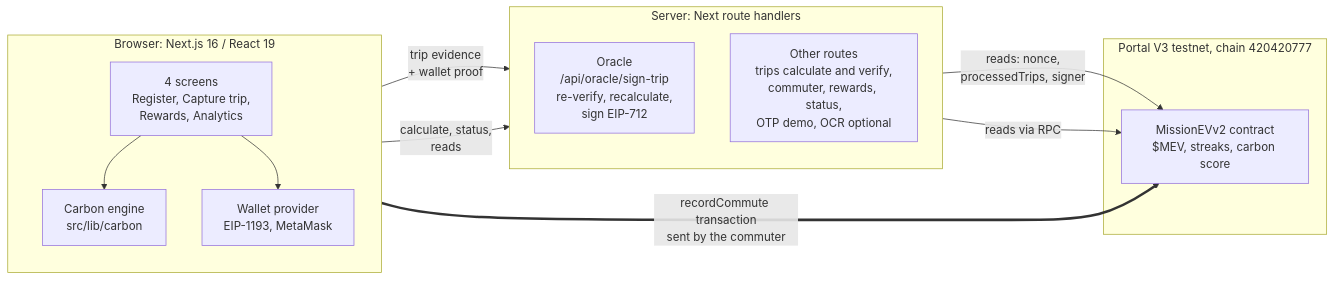
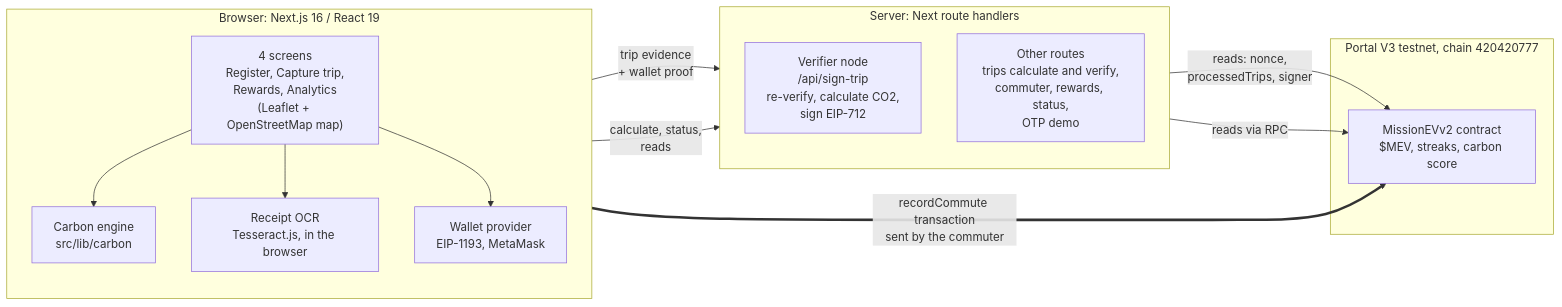
One commit to ManavNegi2807/missionev-app changed the first of 2 diagrams in docs/ARCHITECTURE.md. Above: the diagram before and after it, drawn with Mermaid. The commit also changed other lines of this file and 51 other files, not shown here.

````diff
--- a/docs/ARCHITECTURE.md
+++ b/docs/ARCHITECTURE.md
@@ -6,24 +6,26 @@
 ```mermaid
 flowchart LR
   subgraph Browser["Browser: Next.js 16 / React 19"]
     direction TB
-    UI["4 screens<br/>Register, Capture trip,<br/>Rewards, Analytics"]
+    UI["4 screens<br/>Register, Capture trip,<br/>Rewards, Analytics<br/>(Leaflet + OpenStreetMap map)"]
     ENG["Carbon engine<br/>src/lib/carbon"]
+    OCR["Receipt OCR<br/>Tesseract.js, in the browser"]
     WAL["Wallet provider<br/>EIP-1193, MetaMask"]
     UI --> ENG
+    UI --> OCR
     UI --> WAL
   end
   subgraph Server["Server: Next route handlers"]
     direction TB
-    ORA["Oracle<br/>/api/oracle/sign-trip<br/>re-verify, recalculate,<br/>sign EIP-712"]
-    API["Other routes<br/>trips calculate and verify,<br/>commuter, rewards, status,<br/>OTP demo, OCR optional"]
+    ORA["Verifier node<br/>/api/sign-trip<br/>re-verify, calculate CO2,<br/>sign EIP-712"]
+    API["Other routes<br/>trips calculate and verify,<br/>commuter, rewards, status,<br/>OTP demo"]
   end
   subgraph Chain["Portal V3 testnet, chain 420420777"]
     SC["MissionEVv2 contract<br/>$MEV, streaks, carbon score"]
   end
   UI -->|"trip evidence<br/>+ wallet proof"| ORA
   UI -->|"calculate, status,<br/>reads"| API
   ORA -->|"reads: nonce,<br/>processedTrips, signer"| SC
   API -->|"reads via RPC"| SC
   WAL ==>|"recordCommute transaction<br/>sent by the commuter"| SC
 ```
````
